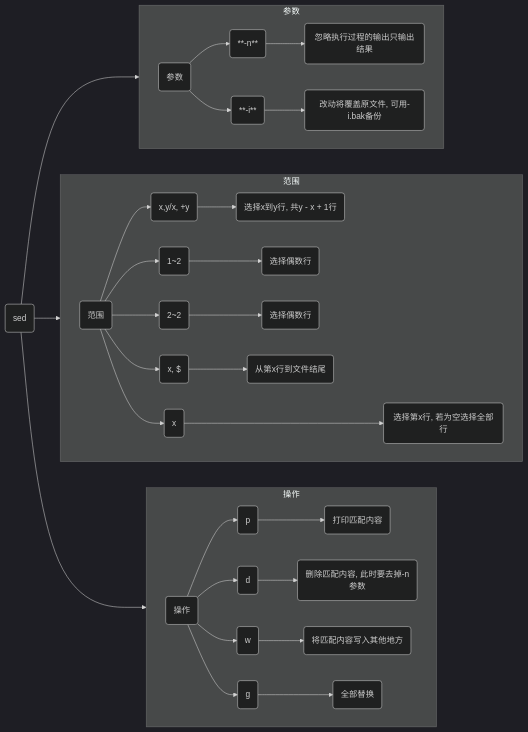
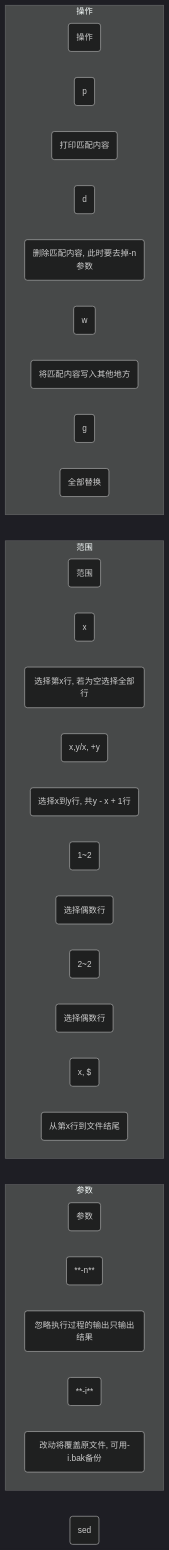
Before and after one commit to dmjcb/SelfBlog: the second of 2 diagrams in OS/Linux/指令/2024-09-24-awk_grep_sed.md, drawn with Mermaid (dark theme). The commit also changed other lines of this file and 224 other files, not shown here.

````diff
--- a/OS/Linux/指令/2024-09-24-awk_grep_sed.md
+++ b/OS/Linux/指令/2024-09-24-awk_grep_sed.md
@@ -186,80 +170,55 @@
 ```mermaid
 graph LR;
     S(sed)
 
     subgraph 参数
         direction LR
         
         P(参数)
         n(**-n**)
         n1(忽略执行过程的输出只输出结果)
-        P-->n
-        n-->n1
 
         i(**-i**)
         i1(改动将覆盖原文件, 可用-i.bak备份)
-        P-->i
-        i-->i1
     end
 
     subgraph 范围
         direction LR
         D(范围)
 
         x(x)
         x1(选择第x行, 若为空选择全部行)
-        D-->x
-        x-->x1
 
         y(x,y/x, +y)
         y1(选择x到y行, 共y - x + 1行)
-        D-->y
-        y-->y1
 
         z(1~2)
         z1(选择偶数行)
-        D-->z
-        z-->z1
 
         a(2~2)
         a1(选择偶数行)
-        D-->a
-        a-->a1
 
         b(x, $)
         b1(从第x行到文件结尾)
-        D-->b
-        b-->b1
     end
 
     subgraph 操作
         direction LR
         C(操作)
 
         p(p)
         p1(打印匹配内容)
-        C-->p
-        p-->p1
 
         d(d)
         d1( 删除匹配内容, 此时要去掉-n参数)
-        C-->d
-        d-->d1
 
         w(w)
         w1(将匹配内容写入其他地方)
-        C-->w
-        w-->w1
 
         g(g)
         g1(全部替换)
-        C-->g
-        g-->g1
     end
 
 
-    S-->参数
-    S-->范围
-    S-->操作
 
 ```
````
